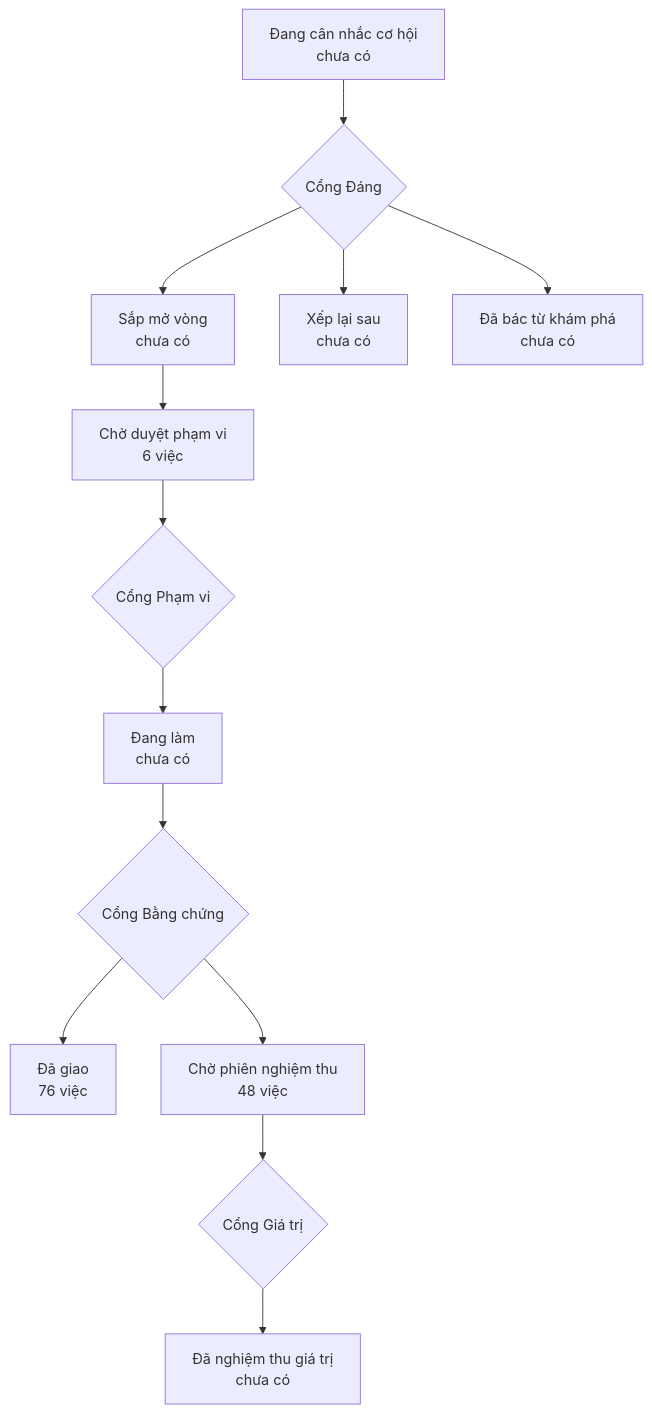
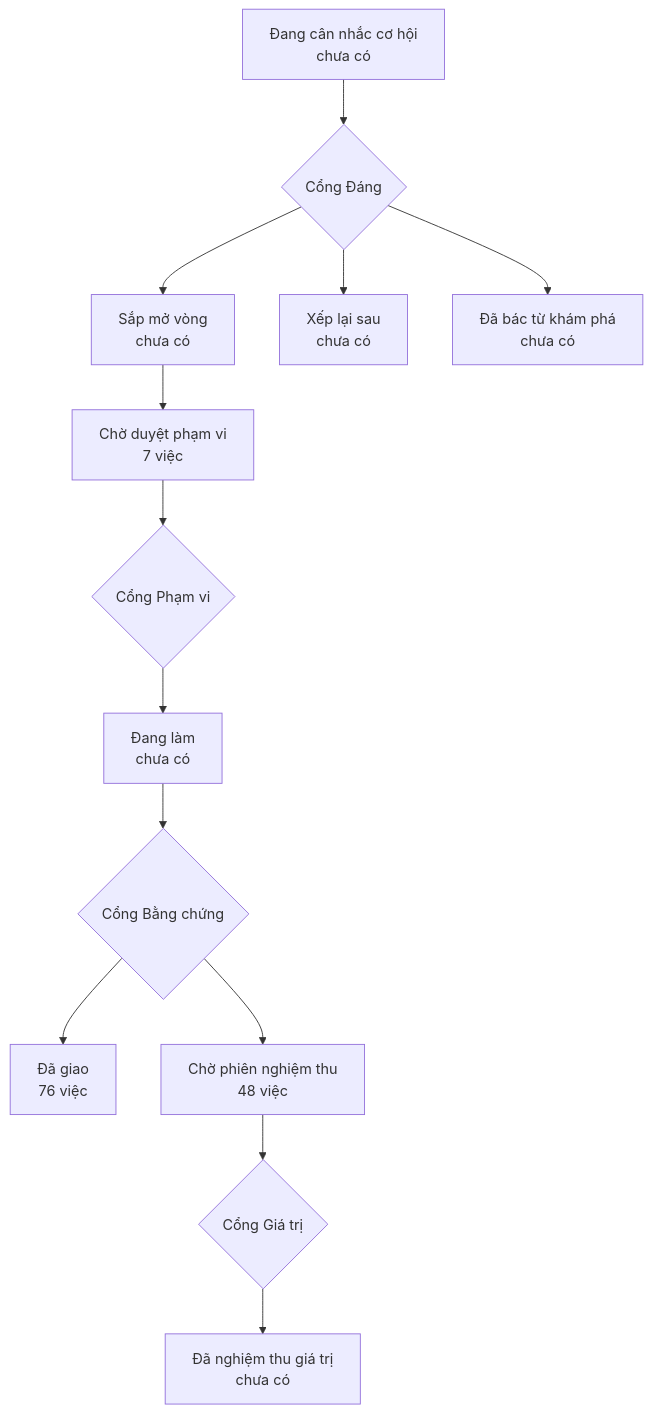
One commit to phanlemanh/onehub-invest changed the diagram in PRODUCT-MAP.md. Above: the diagram before and after it, drawn with Mermaid. The commit also changed other lines of this file and 12 other files, not shown here.

Commit message:
acceptance(dong-chay-so-cu-may-thu): ô cơ hội, hợp đồng, evals, thiết kế, phản biện — chờ Cổng Phạm vi (Hỏi-1)

````diff
--- a/PRODUCT-MAP.md
+++ b/PRODUCT-MAP.md
@@ -7,12 +7,12 @@
 ```mermaid
 flowchart TD
   A["Đang cân nhắc cơ hội<br/>chưa có"] --> GD{"Cổng Đáng"}
   GD --> B["Sắp mở vòng<br/>chưa có"]
   GD --> XL["Xếp lại sau<br/>chưa có"]
   GD --> DB["Đã bác từ khám phá<br/>chưa có"]
-  B --> CD["Chờ duyệt phạm vi<br/>6 việc"] --> GP{"Cổng Phạm vi"}
+  B --> CD["Chờ duyệt phạm vi<br/>7 việc"] --> GP{"Cổng Phạm vi"}
   GP --> DL["Đang làm<br/>chưa có"] --> GB{"Cổng Bằng chứng"}
   GB --> DG["Đã giao<br/>76 việc"]
   GB --> CN["Chờ phiên nghiệm thu<br/>48 việc"] --> GG{"Cổng Giá trị"}
   GG --> NT["Đã nghiệm thu giá trị<br/>chưa có"]
 ```
````
